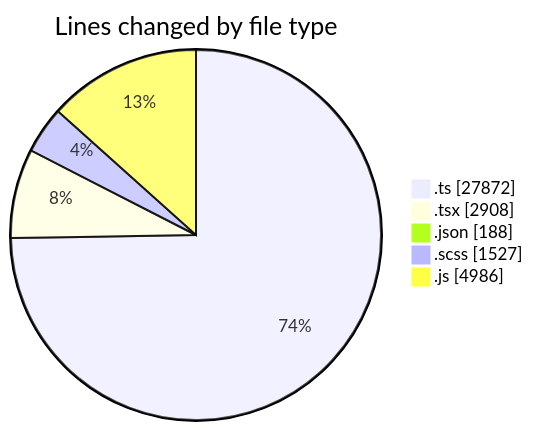
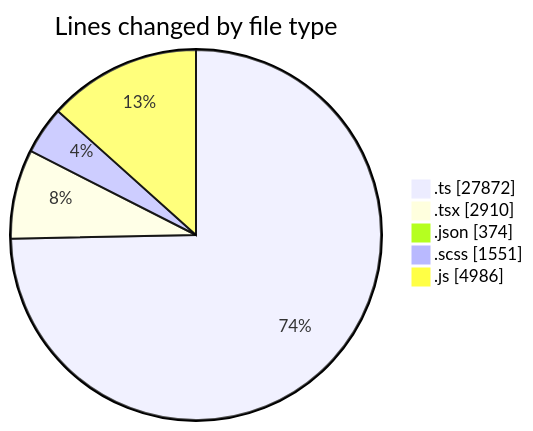
Before and after one commit to momahboobian/code-tracking: the first of 2 diagrams in 2026-05-07/cda/README.md, drawn with Mermaid. The commit also changed other lines of this file and 1 other file, not shown here.

````diff
--- a/2026-05-07/cda/README.md
+++ b/2026-05-07/cda/README.md
@@ -53,9 +54,9 @@
 ```mermaid
 pie showData
 title Lines changed by file type
 ".ts" : 27872
-".tsx" : 2908
-".json" : 188
-".scss" : 1527
+".tsx" : 2910
+".json" : 374
+".scss" : 1551
 ".js" : 4986
 ```
````
